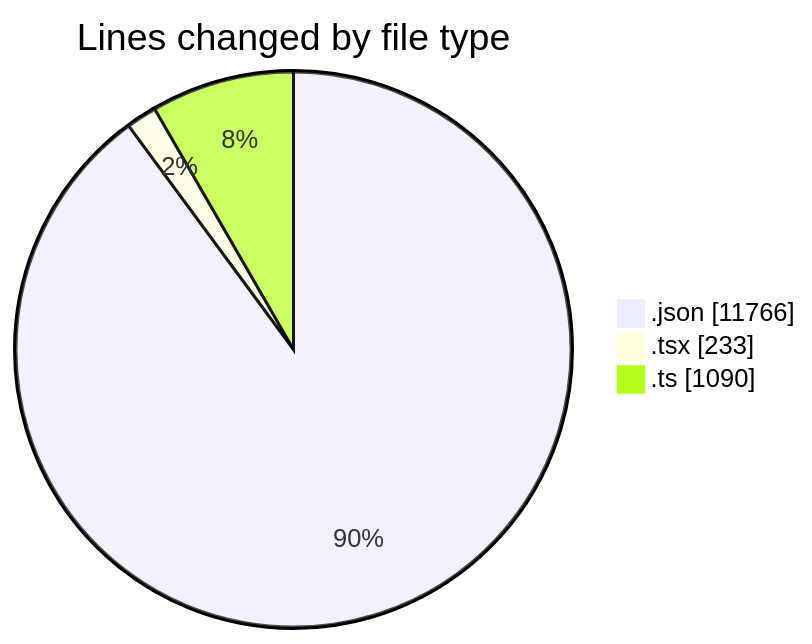
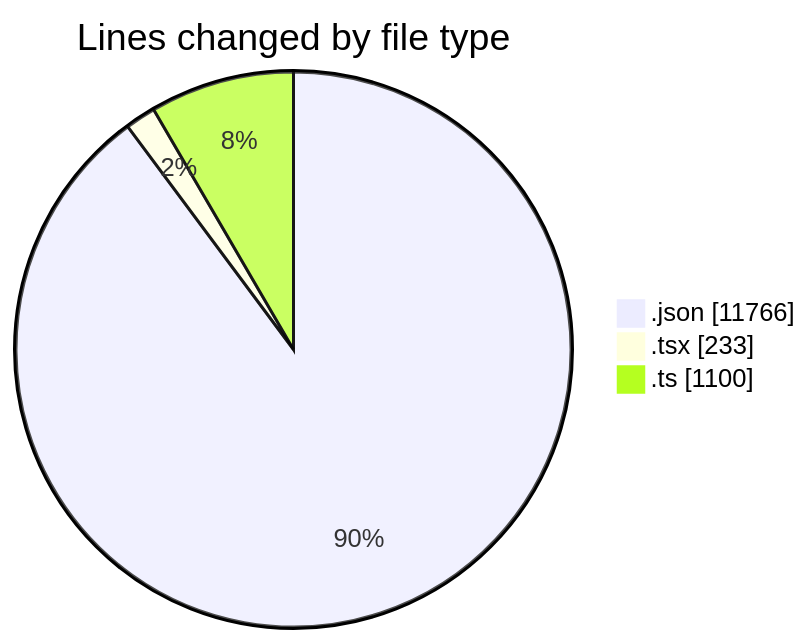
The first of 2 diagrams in 2026-04-16/airfeed-analytics-dashboard/README.md (nxtqubesakshisongat/code-tracking), drawn with Mermaid before and after one commit. The commit also changed other lines of this file and 1 other file, not shown here.

````diff
--- a/2026-04-16/airfeed-analytics-dashboard/README.md
+++ b/2026-04-16/airfeed-analytics-dashboard/README.md
@@ -25,7 +25,7 @@
 ```mermaid
 pie showData
 title Lines changed by file type
 ".json" : 11766
 ".tsx" : 233
-".ts" : 1090
+".ts" : 1100
 ```
````
